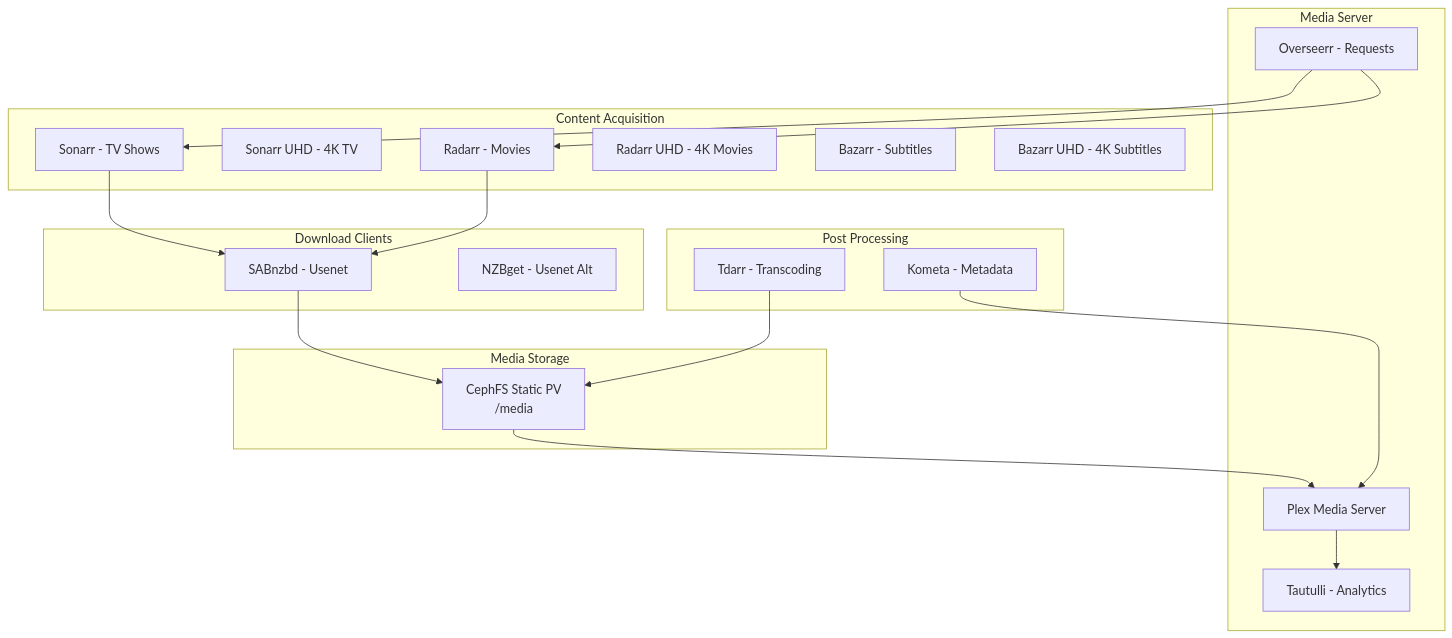
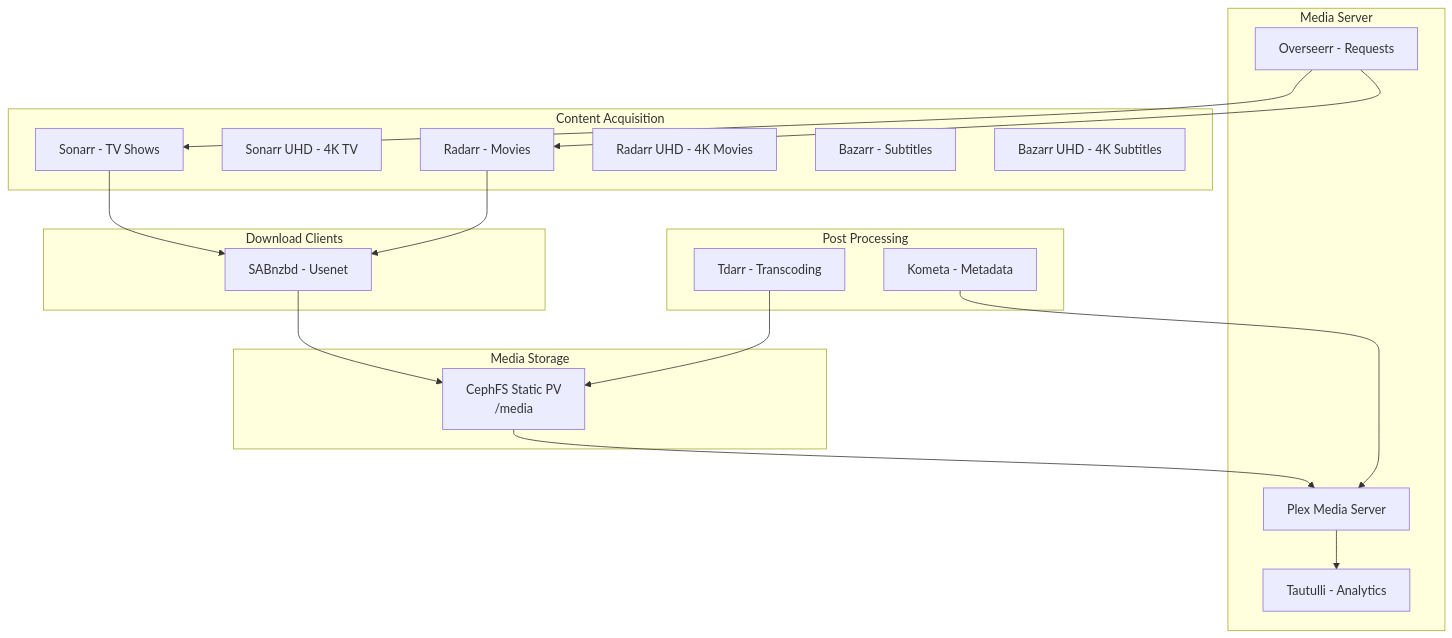
Before and after one commit to dapperdivers/dapper-cluster: the diagram in docs/src/apps/media.md, drawn with Mermaid. The commit also changed other lines of this file and 43 other files, not shown here.

````diff
--- a/docs/src/apps/media.md
+++ b/docs/src/apps/media.md
@@ -7,41 +7,40 @@
 ```mermaid
 graph TD
     subgraph Content Acquisition
         SONARR[Sonarr - TV Shows]
         SONARR_UHD[Sonarr UHD - 4K TV]
         RADARR[Radarr - Movies]
         RADARR_UHD[Radarr UHD - 4K Movies]
         BAZARR[Bazarr - Subtitles]
         BAZARR_UHD[Bazarr UHD - 4K Subtitles]
     end
 
     subgraph Download Clients
         SABNZBD[SABnzbd - Usenet]
-        NZBGET[NZBget - Usenet Alt]
     end
 
     subgraph Media Storage
         CEPHFS[CephFS Static PV<br>/media]
     end
 
     subgraph Media Server
         PLEX[Plex Media Server]
         TAUTULLI[Tautulli - Analytics]
         OVERSEERR[Overseerr - Requests]
     end
 
     subgraph Post Processing
         TDARR[Tdarr - Transcoding]
         KOMETA[Kometa - Metadata]
     end
 
     SONARR --> SABNZBD
     RADARR --> SABNZBD
     SABNZBD --> CEPHFS
     CEPHFS --> PLEX
     PLEX --> TAUTULLI
     OVERSEERR --> SONARR
     OVERSEERR --> RADARR
     TDARR --> CEPHFS
     KOMETA --> PLEX
 ```
````
